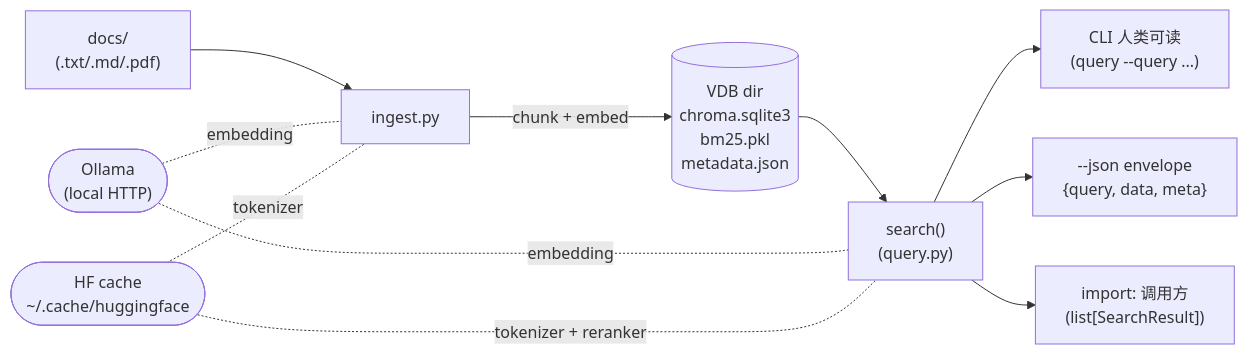
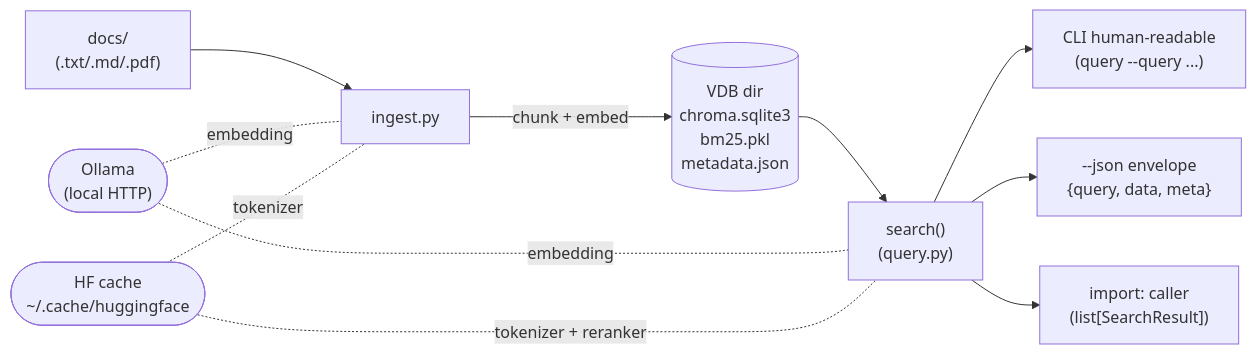
Before and after one commit to AndyUneducated/alchemy: the first of 3 diagrams in play/rag/README.md, drawn with Mermaid. The commit also changed other lines of this file and 197 other files, not shown here.

````diff
--- a/play/rag/README.md
+++ b/play/rag/README.md
@@ -29,13 +29,13 @@
 ```mermaid
 flowchart LR
     docs["docs/<br/>(.txt/.md/.pdf)"] --> ingest["ingest.py"]
     ingest -->|chunk + embed| vdb[("VDB dir<br/>chroma.sqlite3<br/>bm25.pkl<br/>metadata.json")]
     vdb --> search["search()<br/>(query.py)"]
-    search --> cli["CLI 人类可读<br/>(query --query ...)"]
+    search --> cli["CLI human-readable<br/>(query --query ...)"]
     search --> jsonOut["--json envelope<br/>{query, data, meta}"]
-    search --> api["import: 调用方<br/>(list[SearchResult])"]
+    search --> api["import: caller<br/>(list[SearchResult])"]
     ollama(["Ollama<br/>(local HTTP)"]) -. embedding .- ingest
     ollama -. embedding .- search
     hf(["HF cache<br/>~/.cache/huggingface"]) -. tokenizer .- ingest
     hf -. tokenizer + reranker .- search
 ```
````
